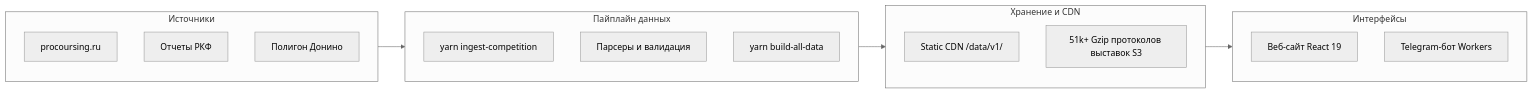
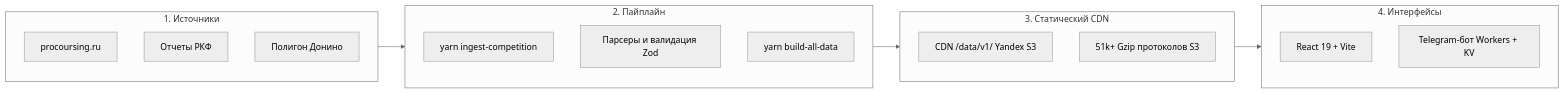
One commit to antajl/Coursing-Stats changed the diagram in README.md. Above: the diagram before and after it, drawn with Mermaid (neutral theme). The commit also changed other lines of this file and 1 other file, not shown here.

````diff
--- a/README.md
+++ b/README.md
@@ -62,26 +78,26 @@
 ```mermaid
 flowchart LR
-    subgraph Sources[Источники]
+    subgraph Sources[1. Источники]
         P[procoursing.ru]
         R[Отчеты РКФ]
         D[Полигон Донино]
     end
 
-    subgraph Pipeline[Пайплайн данных]
+    subgraph Pipeline[2. Пайплайн]
         Ingest[yarn ingest-competition]
-        Parsers[Парсеры и валидация]
+        Parsers[Парсеры и валидация Zod]
         Build[yarn build-all-data]
     end
 
-    subgraph Storage[Хранение и CDN]
-        CDN[Static CDN /data/v1/]
-        Protocols[51k+ Gzip протоколов выставок S3]
+    subgraph Storage[3. Статический CDN]
+        CDN[CDN /data/v1/ Yandex S3]
+        Protocols[51k+ Gzip протоколов S3]
     end
 
-    subgraph Clients[Интерфейсы]
-        Web[Веб-сайт React 19]
-        Bot[Telegram-бот Workers]
+    subgraph Clients[4. Интерфейсы]
+        Web[React 19 + Vite]
+        Bot[Telegram-бот Workers + KV]
     end
 
     Sources --> Pipeline --> Storage --> Clients
 ```
````
